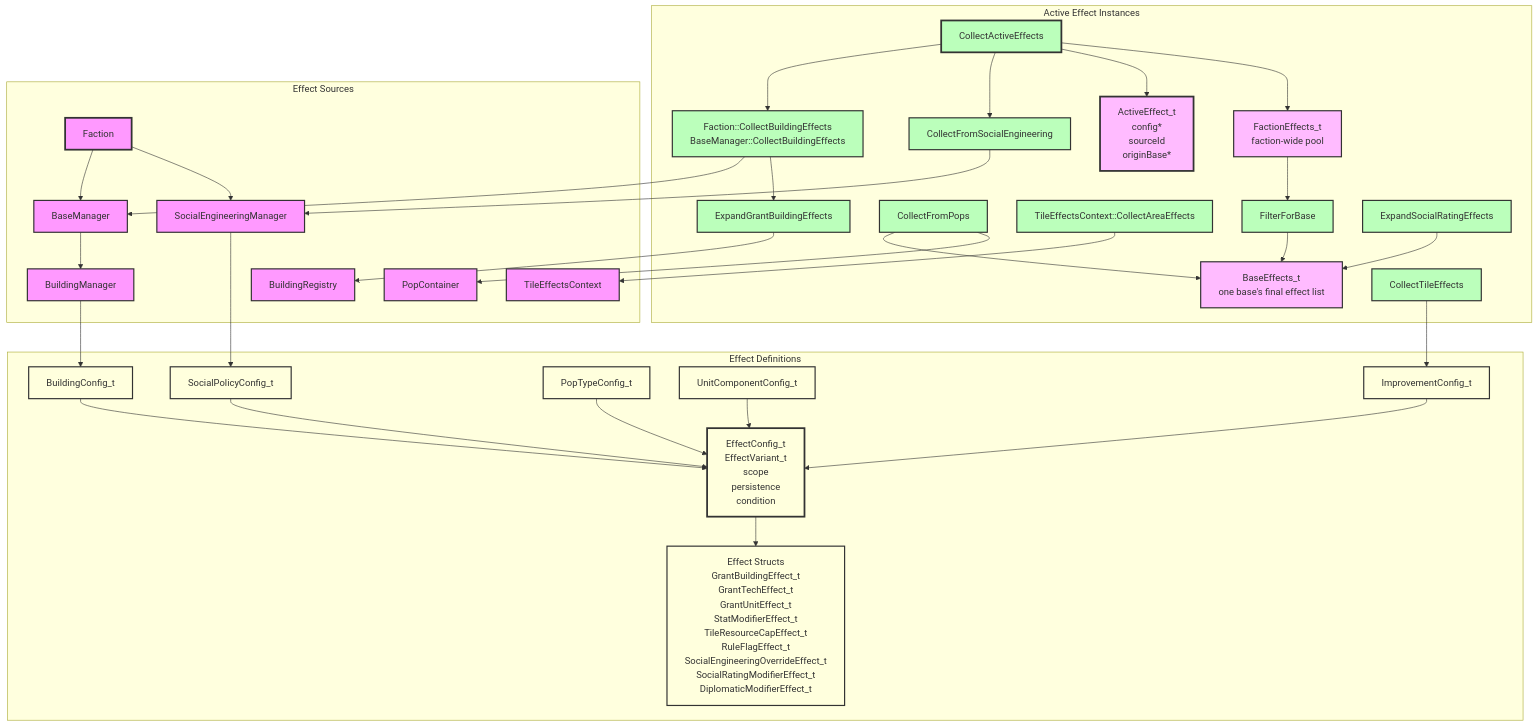
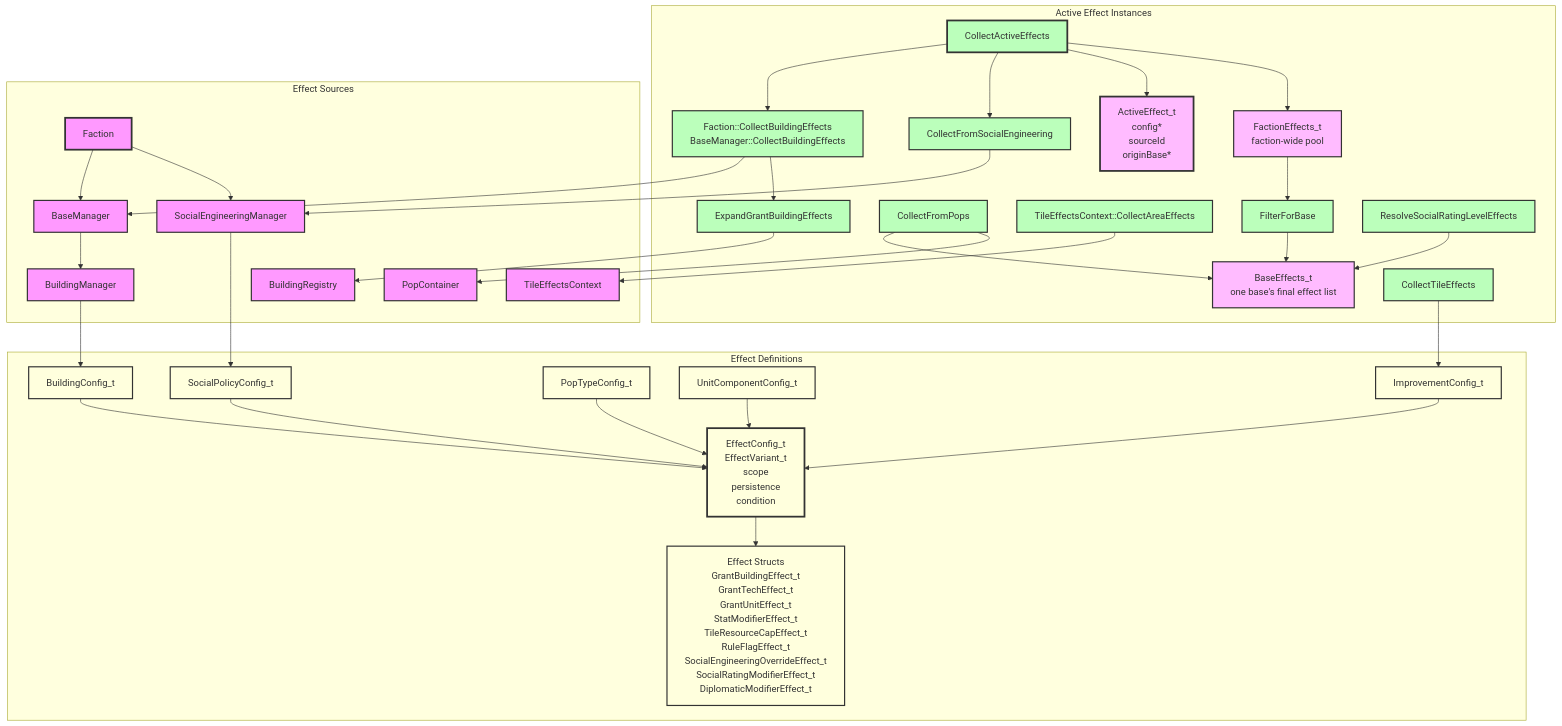
Before and after one commit to kilianloftis/alpha-centauri: the diagram in docs/architecture/effects-system.md, drawn with Mermaid. The commit also changed other lines of this file and 85 other files, not shown here.

```diff
--- a/docs/architecture/effects-system.md
+++ b/docs/architecture/effects-system.md
@@ -24,7 +24,7 @@
         CollectTileEffects[CollectTileEffects]
         CollectAreaEffects[TileEffectsContext::CollectAreaEffects]
         FilterForBase[FilterForBase]
-        ExpandRatingEffects[ExpandSocialRatingEffects]
+        ExpandRatingEffects[ResolveSocialRatingLevelEffects]
     end
 
     subgraph "Effect Sources"
```
